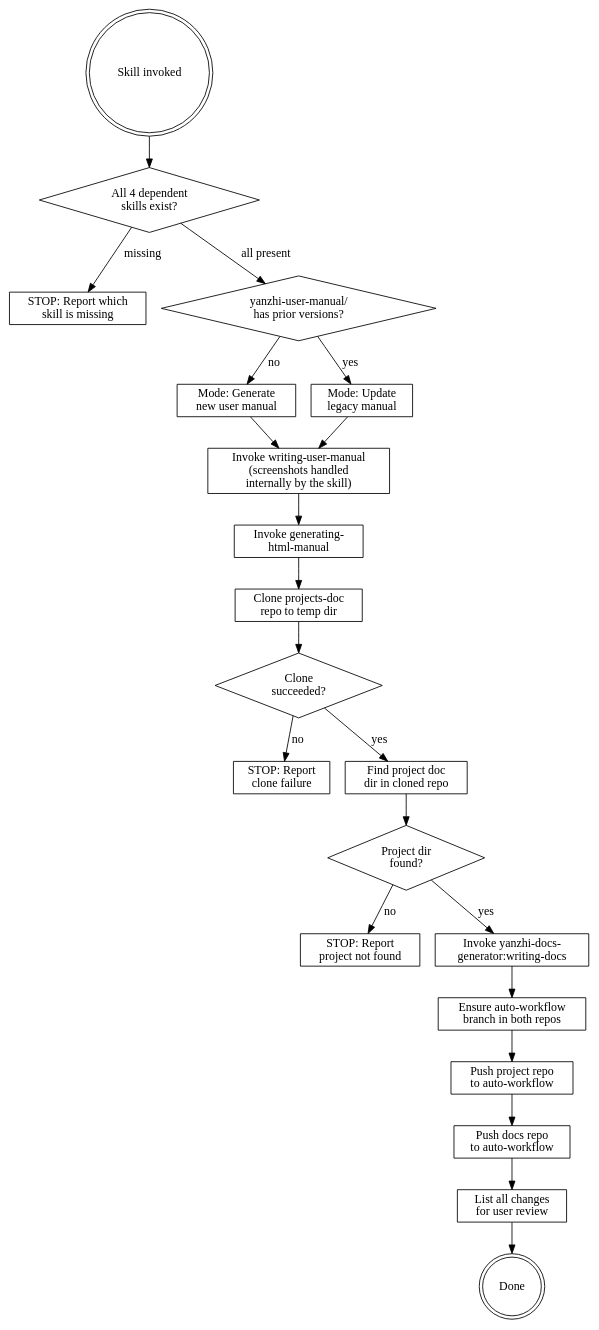
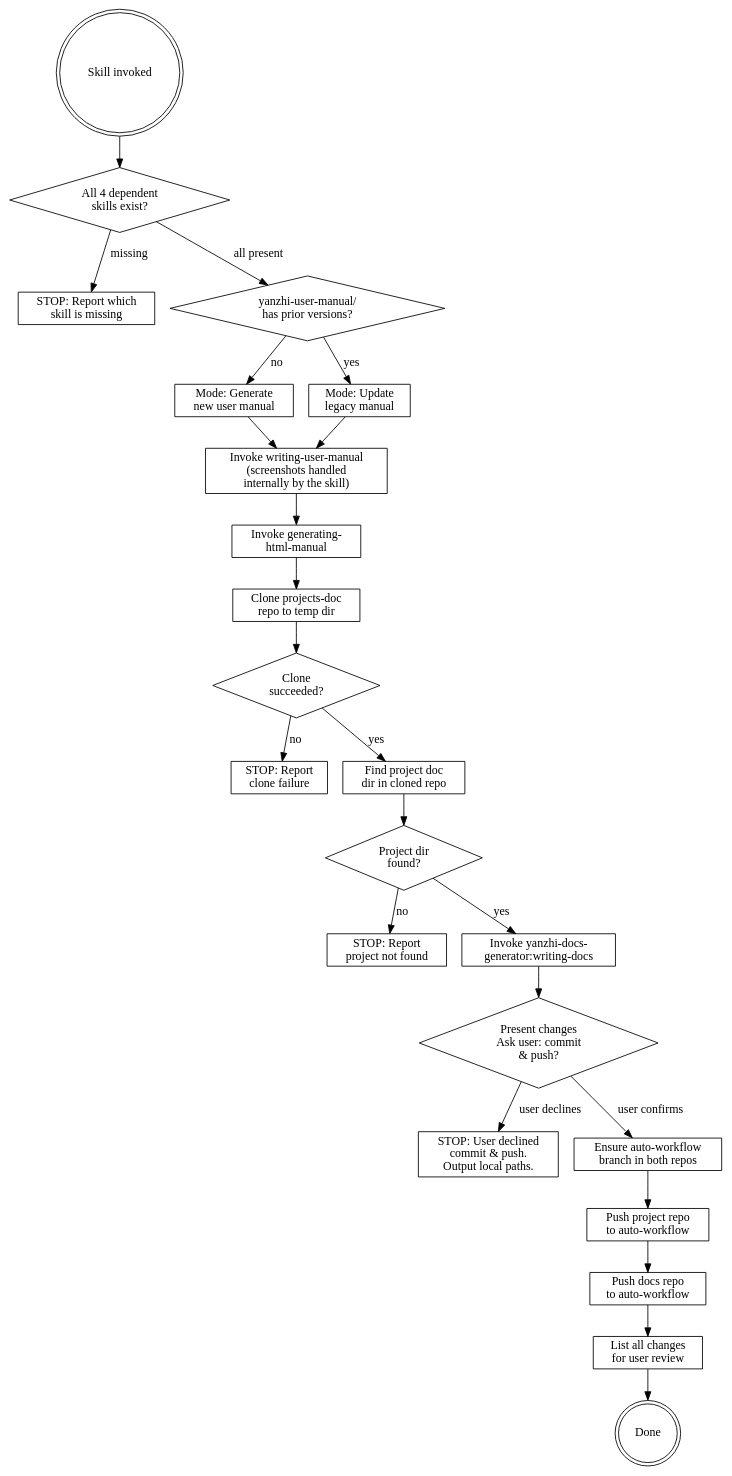
The diagram in skills/manual-and-docs-git-sync/SKILL.md (zhang-songhan/yanzhi-sdd-workflow), drawn with Graphviz before and after one commit. The commit also changed other lines of this file and 2 other files, not shown here.

````diff
--- a/skills/manual-and-docs-git-sync/SKILL.md
+++ b/skills/manual-and-docs-git-sync/SKILL.md
@@ -60,47 +66,51 @@
 ```dot
 digraph sync_flow {
     rankdir=TB;
 
     start [label="Skill invoked", shape=doublecircle];
     check_deps [label="All 4 dependent\nskills exist?", shape=diamond];
     stop_deps [label="STOP: Report which\nskill is missing", shape=box];
     check_manual_dir [label="yanzhi-user-manual/\nhas prior versions?", shape=diamond];
     mode_generate [label="Mode: Generate\nnew user manual", shape=box];
     mode_update [label="Mode: Update\nlegacy manual", shape=box];
     invoke_writing [label="Invoke writing-user-manual\n(screenshots handled\ninternally by the skill)", shape=box];
     invoke_html [label="Invoke generating-\nhtml-manual", shape=box];
     clone_docs [label="Clone projects-doc\nrepo to temp dir", shape=box];
     clone_ok [label="Clone\nsucceeded?", shape=diamond];
     stop_clone [label="STOP: Report\nclone failure", shape=box];
     find_project [label="Find project doc\ndir in cloned repo", shape=box];
     project_found [label="Project dir\nfound?", shape=diamond];
     stop_noproject [label="STOP: Report\nproject not found", shape=box];
     invoke_docs [label="Invoke yanzhi-docs-\ngenerator:writing-docs", shape=box];
+    confirm_push [label="Present changes\nAsk user: commit\n& push?", shape=diamond];
+    stop_nopush [label="STOP: User declined\ncommit & push.\nOutput local paths.", shape=box];
     switch_branch [label="Ensure auto-workflow\nbranch in both repos", shape=box];
     push_project [label="Push project repo\nto auto-workflow", shape=box];
     push_docs [label="Push docs repo\nto auto-workflow", shape=box];
     review_changes [label="List all changes\nfor user review", shape=box];
     done [label="Done", shape=doublecircle];
 
     start -> check_deps;
     check_deps -> stop_deps [label="missing"];
     check_deps -> check_manual_dir [label="all present"];
     check_manual_dir -> mode_generate [label="no"];
     check_manual_dir -> mode_update [label="yes"];
     mode_generate -> invoke_writing;
     mode_update -> invoke_writing;
     invoke_writing -> invoke_html;
     invoke_html -> clone_docs;
     clone_docs -> clone_ok;
     clone_ok -> stop_clone [label="no"];
     clone_ok -> find_project [label="yes"];
     find_project -> project_found;
     project_found -> stop_noproject [label="no"];
     project_found -> invoke_docs [label="yes"];
-    invoke_docs -> switch_branch;
+    invoke_docs -> confirm_push;
+    confirm_push -> stop_nopush [label="user declines"];
+    confirm_push -> switch_branch [label="user confirms"];
     switch_branch -> push_project;
     push_project -> push_docs;
     push_docs -> review_changes;
     review_changes -> done;
 }
 ```
````
